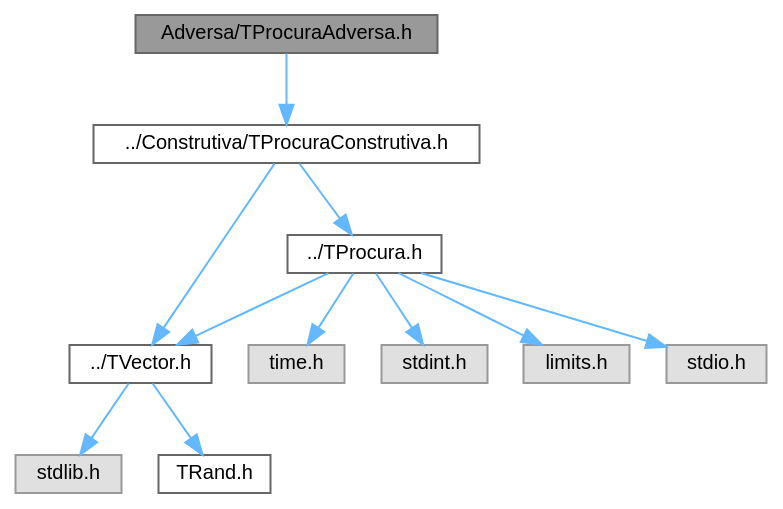
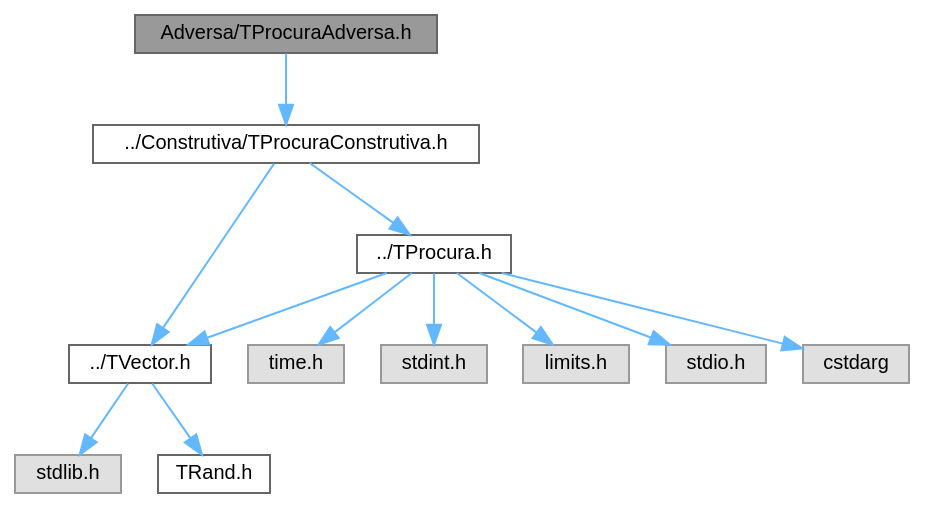
Before and after one commit to jcoelho72/TProcura: the diagram in TProcuraAdversa_8h__incl.dot, drawn with Graphviz. The commit also changed 301 other files, not shown here.

```diff
--- a/TProcuraAdversa_8h__incl.dot
+++ b/TProcuraAdversa_8h__incl.dot
@@ -1,27 +1,29 @@
 digraph "Adversa/TProcuraAdversa.h"
 {
  // LATEX_PDF_SIZE
   bgcolor="transparent";
   edge [fontname=Helvetica,fontsize=10,labelfontname=Helvetica,labelfontsize=10];
   node [fontname=Helvetica,fontsize=10,shape=box,height=0.2,width=0.4];
   Node1 [id="Node000001",label="Adversa/TProcuraAdversa.h",height=0.2,width=0.4,color="gray40", fillcolor="grey60", style="filled", fontcolor="black",tooltip=" "];
-  Node1 -> Node2 [id="edge11_Node000001_Node000002",color="steelblue1",style="solid",tooltip=" "];
+  Node1 -> Node2 [id="edge12_Node000001_Node000002",color="steelblue1",style="solid",tooltip=" "];
   Node2 [id="Node000002",label="../Construtiva/TProcuraConstrutiva.h",height=0.2,width=0.4,color="grey40", fillcolor="white", style="filled",URL="$TProcuraConstrutiva_8h.html",tooltip=" "];
-  Node2 -> Node3 [id="edge12_Node000002_Node000003",color="steelblue1",style="solid",tooltip=" "];
+  Node2 -> Node3 [id="edge13_Node000002_Node000003",color="steelblue1",style="solid",tooltip=" "];
   Node3 [id="Node000003",label="../TVector.h",height=0.2,width=0.4,color="grey40", fillcolor="white", style="filled",URL="$TVector_8h.html",tooltip="Vetor dinâmico genérico com operações de pilha, conjuntos e algoritmos úteis."];
-  Node3 -> Node4 [id="edge13_Node000003_Node000004",color="steelblue1",style="solid",tooltip=" "];
+  Node3 -> Node4 [id="edge14_Node000003_Node000004",color="steelblue1",style="solid",tooltip=" "];
   Node4 [id="Node000004",label="stdlib.h",height=0.2,width=0.4,color="grey60", fillcolor="#E0E0E0", style="filled",tooltip=" "];
-  Node3 -> Node5 [id="edge14_Node000003_Node000005",color="steelblue1",style="solid",tooltip=" "];
+  Node3 -> Node5 [id="edge15_Node000003_Node000005",color="steelblue1",style="solid",tooltip=" "];
   Node5 [id="Node000005",label="TRand.h",height=0.2,width=0.4,color="grey40", fillcolor="white", style="filled",URL="$TRand_8h.html",tooltip="Interface para geração de números aleatórios independentes do sistema operativo."];
-  Node2 -> Node6 [id="edge15_Node000002_Node000006",color="steelblue1",style="solid",tooltip=" "];
+  Node2 -> Node6 [id="edge16_Node000002_Node000006",color="steelblue1",style="solid",tooltip=" "];
   Node6 [id="Node000006",label="../TProcura.h",height=0.2,width=0.4,color="grey40", fillcolor="white", style="filled",URL="$TProcura_8h.html",tooltip=" "];
-  Node6 -> Node3 [id="edge16_Node000006_Node000003",color="steelblue1",style="solid",tooltip=" "];
-  Node6 -> Node7 [id="edge17_Node000006_Node000007",color="steelblue1",style="solid",tooltip=" "];
+  Node6 -> Node3 [id="edge17_Node000006_Node000003",color="steelblue1",style="solid",tooltip=" "];
+  Node6 -> Node7 [id="edge18_Node000006_Node000007",color="steelblue1",style="solid",tooltip=" "];
   Node7 [id="Node000007",label="time.h",height=0.2,width=0.4,color="grey60", fillcolor="#E0E0E0", style="filled",tooltip=" "];
-  Node6 -> Node8 [id="edge18_Node000006_Node000008",color="steelblue1",style="solid",tooltip=" "];
+  Node6 -> Node8 [id="edge19_Node000006_Node000008",color="steelblue1",style="solid",tooltip=" "];
   Node8 [id="Node000008",label="stdint.h",height=0.2,width=0.4,color="grey60", fillcolor="#E0E0E0", style="filled",tooltip=" "];
-  Node6 -> Node9 [id="edge19_Node000006_Node000009",color="steelblue1",style="solid",tooltip=" "];
+  Node6 -> Node9 [id="edge20_Node000006_Node000009",color="steelblue1",style="solid",tooltip=" "];
   Node9 [id="Node000009",label="limits.h",height=0.2,width=0.4,color="grey60", fillcolor="#E0E0E0", style="filled",tooltip=" "];
-  Node6 -> Node10 [id="edge20_Node000006_Node000010",color="steelblue1",style="solid",tooltip=" "];
+  Node6 -> Node10 [id="edge21_Node000006_Node000010",color="steelblue1",style="solid",tooltip=" "];
   Node10 [id="Node000010",label="stdio.h",height=0.2,width=0.4,color="grey60", fillcolor="#E0E0E0", style="filled",tooltip=" "];
+  Node6 -> Node11 [id="edge22_Node000006_Node000011",color="steelblue1",style="solid",tooltip=" "];
+  Node11 [id="Node000011",label="cstdarg",height=0.2,width=0.4,color="grey60", fillcolor="#E0E0E0", style="filled",tooltip=" "];
 }
```
